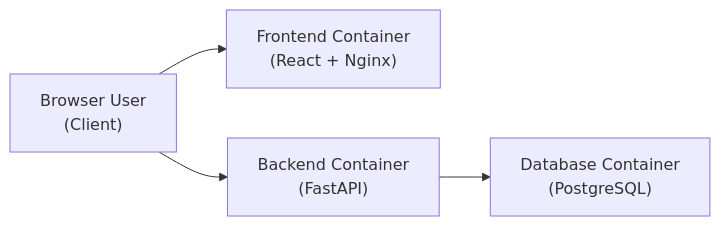
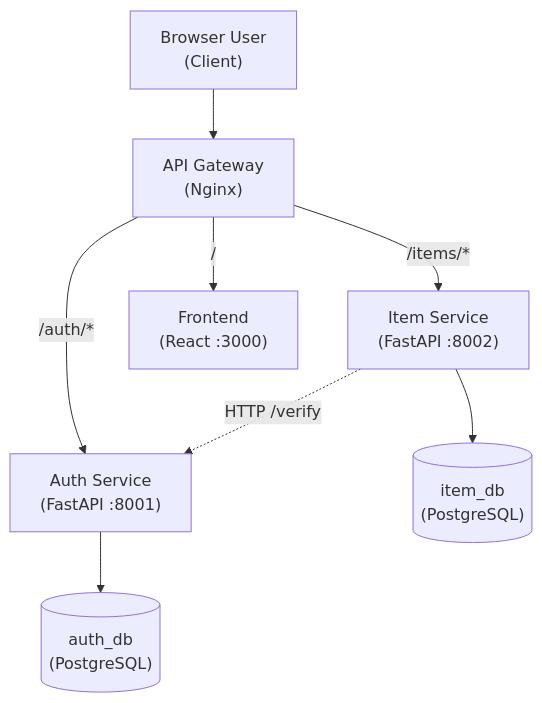
Before and after one commit to aidilsaputrakirsan-classroom/cc-kelompok-a-awit: the diagram in Readme.md, drawn with Mermaid. The commit also changed other lines of this file, not shown here.

Commit message:
docs: update README with microservices architecture and uniform progress checkboxes

````diff
--- a/Readme.md
+++ b/Readme.md
@@ -66,6 +65,10 @@
 ```mermaid
-flowchart LR
-    Browser["Browser User\n(Client)"] --> Frontend["Frontend Container\n(React + Nginx)"]
-    Browser --> Backend["Backend Container\n(FastAPI)"]
-    Backend --> Database["Database Container\n(PostgreSQL)"]
+flowchart TD
+    Browser["Browser User\n(Client)"] --> GW["API Gateway\n(Nginx)"]
+    GW -->|"/auth/*"| AUTH["Auth Service\n(FastAPI :8001)"]
+    GW -->|"/items/*"| ITEM["Item Service\n(FastAPI :8002)"]
+    GW -->|"/"| FE["Frontend\n(React :3000)"]
+    AUTH --> ADB[("auth_db\n(PostgreSQL)")]
+    ITEM --> IDB[("item_db\n(PostgreSQL)")]
+    ITEM -.->|"HTTP /verify"| AUTH
 ```
````
